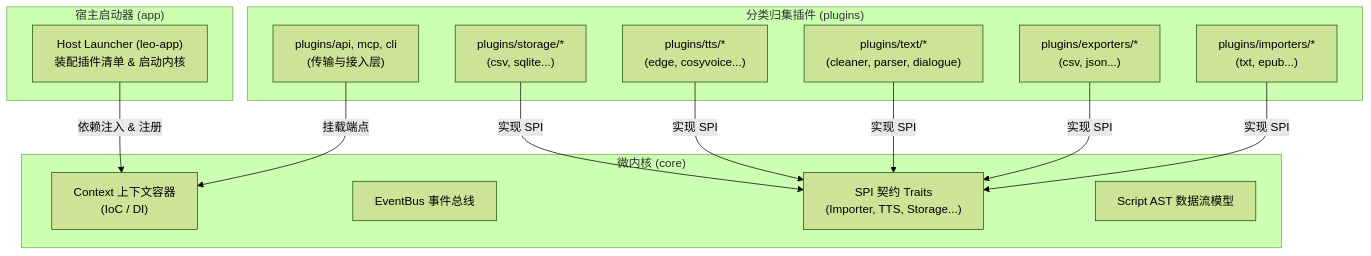
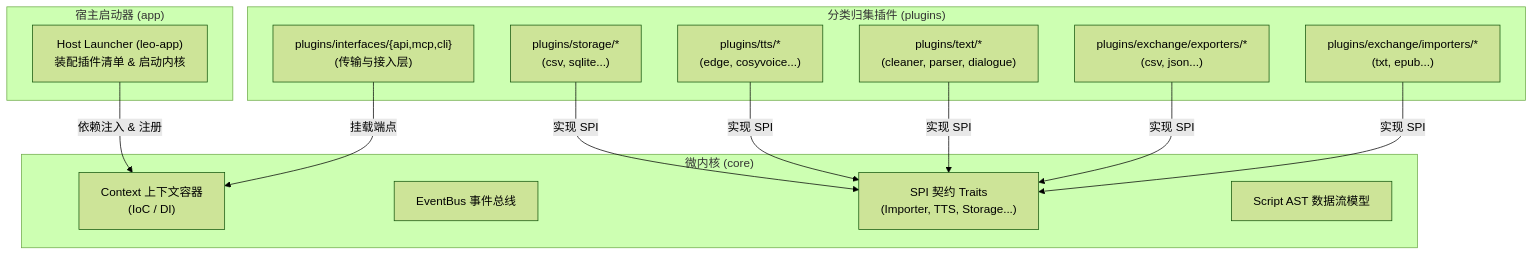
The first of 2 diagrams in docs/plugins/README.md (CherryKingOne/leo-studio), drawn with Mermaid (forest theme) before and after one commit. The commit also changed other lines of this file and 122 other files, not shown here.

````diff
--- a/docs/plugins/README.md
+++ b/docs/plugins/README.md
@@ -23,31 +23,31 @@
 ```mermaid
 graph TD
     subgraph Core ["微内核 (core)"]
         Context["Context 上下文容器\n(IoC / DI)"]
         Bus["EventBus 事件总线"]
         SPI["SPI 契约 Traits\n(Importer, TTS, Storage...)"]
         AST["Script AST 数据流模型"]
     end
 
     subgraph Plugins ["分类归集插件 (plugins)"]
-        Imp["plugins/importers/*\n(txt, epub...)"]
-        Exp["plugins/exporters/*\n(csv, json...)"]
+        Imp["plugins/exchange/importers/*\n(txt, epub...)"]
+        Exp["plugins/exchange/exporters/*\n(csv, json...)"]
         Txt["plugins/text/*\n(cleaner, parser, dialogue)"]
         TTS["plugins/tts/*\n(edge, cosyvoice...)"]
         Sto["plugins/storage/*\n(csv, sqlite...)"]
-        Trans["plugins/api, mcp, cli\n(传输与接入层)"]
+        Trans["plugins/interfaces/{api,mcp,cli}\n(传输与接入层)"]
     end
 
     subgraph Host ["宿主启动器 (app)"]
         Launcher["Host Launcher (leo-app)\n装配插件清单 & 启动内核"]
     end
 
     Imp -->|实现 SPI| SPI
     Exp -->|实现 SPI| SPI
     Txt -->|实现 SPI| SPI
     TTS -->|实现 SPI| SPI
     Sto -->|实现 SPI| SPI
     Trans -->|挂载端点| Context
 
     Launcher -->|依赖注入 & 注册| Context
 ```
````
